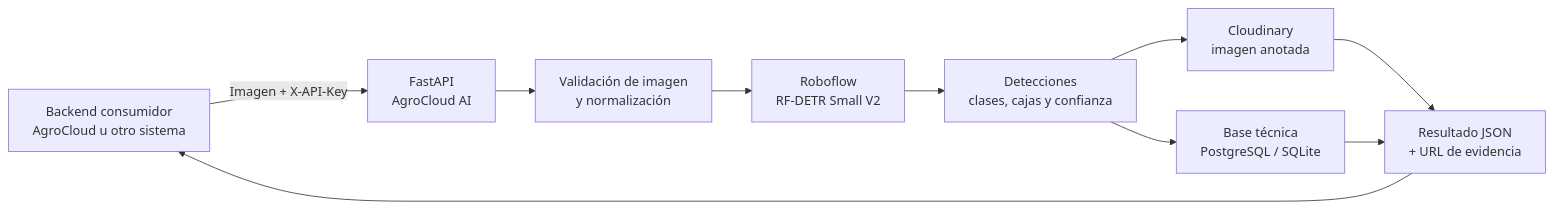
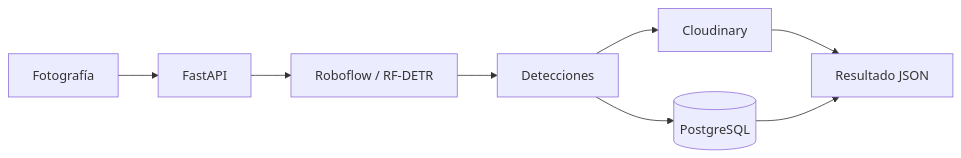
The diagram in services/ms-ai/README.md (ilanangelesrodriguez/agrocloud-backend), drawn with Mermaid before and after one commit. The commit also changed other lines of this file and 8 other files, not shown here.

````diff
--- a/services/ms-ai/README.md
+++ b/services/ms-ai/README.md
@@ -68,12 +26,10 @@
 ```mermaid
 flowchart LR
-    A["Backend consumidor<br/>AgroCloud u otro sistema"] -->|"Imagen + X-API-Key"| B["FastAPI<br/>AgroCloud AI"]
-    B --> C["Validación de imagen<br/>y normalización"]
-    C --> D["Roboflow<br/>RF-DETR Small V2"]
-    D --> E["Detecciones<br/>clases, cajas y confianza"]
-    E --> F["Cloudinary<br/>imagen anotada"]
-    E --> G["Base técnica<br/>PostgreSQL / SQLite"]
-    F --> H["Resultado JSON<br/>+ URL de evidencia"]
-    G --> H
-    H --> A
+    A[Fotografía] --> F[FastAPI]
+    F --> R[Roboflow / RF-DETR]
+    R --> D[Detecciones]
+    D --> C[Cloudinary]
+    D --> P[(PostgreSQL)]
+    C --> J[Resultado JSON]
+    P --> J
 ```
````
